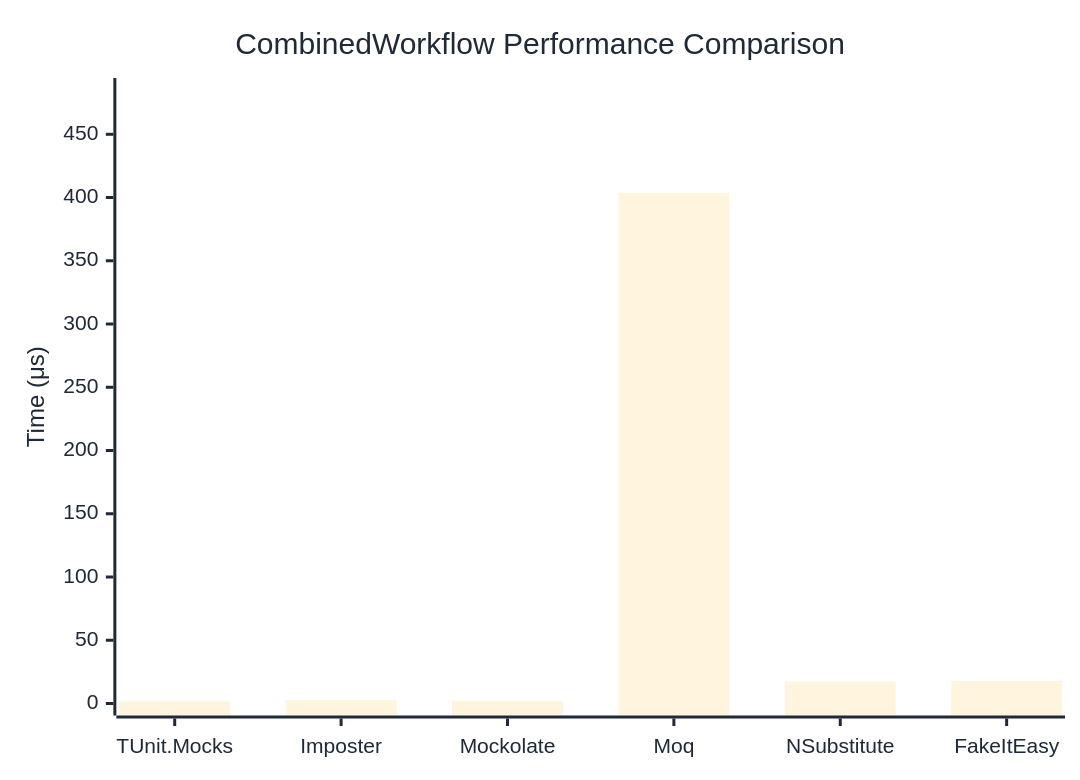
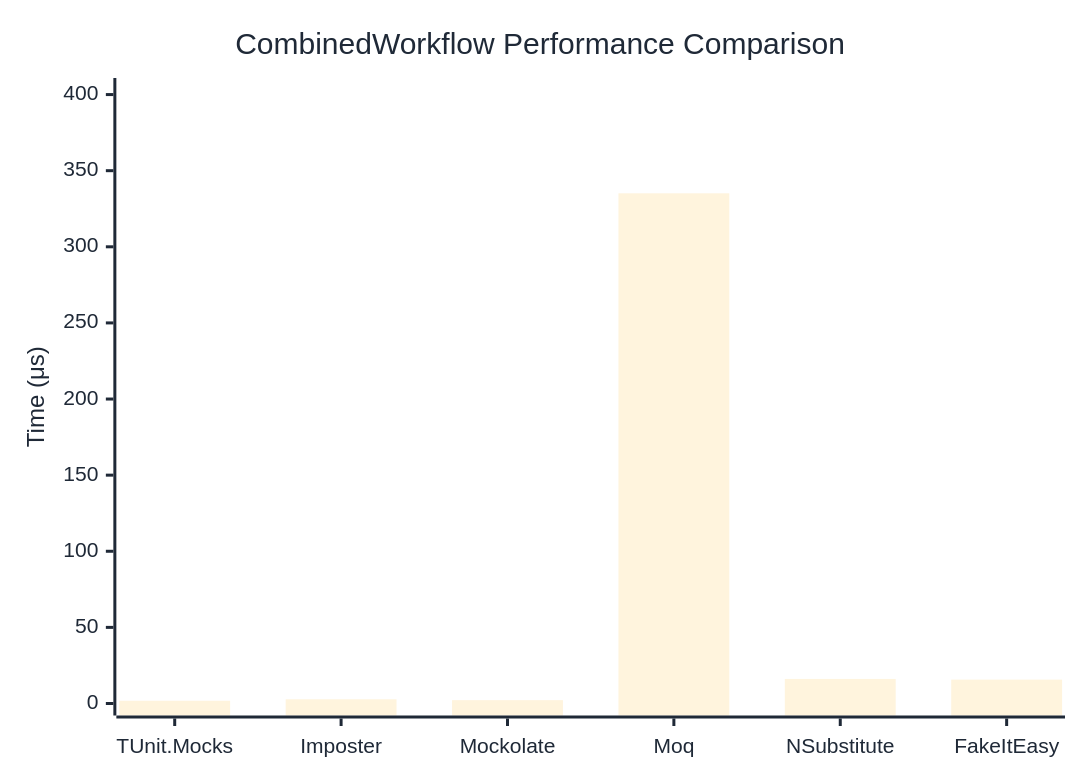
Before and after one commit to weiyilai/TUnit: the diagram in docs/docs/benchmarks/mocks/CombinedWorkflow.md, drawn with Mermaid. The commit also changed other lines of this file and 14 other files, not shown here.

````diff
--- a/docs/docs/benchmarks/mocks/CombinedWorkflow.md
+++ b/docs/docs/benchmarks/mocks/CombinedWorkflow.md
@@ -28,27 +28,27 @@
 ```mermaid
 %%{init: {
   'theme':'base',
   'themeVariables': {
     'primaryColor': '#2563eb',
     'primaryTextColor': '#1f2937',
     'primaryBorderColor': '#1e40af',
     'lineColor': '#6b7280',
     'secondaryColor': '#7c3aed',
     'tertiaryColor': '#dc2626',
     'background': '#ffffff',
     'pie1': '#2563eb',
     'pie2': '#7c3aed',
     'pie3': '#dc2626',
     'pie4': '#f59e0b',
     'pie5': '#10b981',
     'pie6': '#06b6d4',
     'pie7': '#ec4899',
     'pie8': '#6366f1'
   }
 }}%%
 xychart-beta
   title "CombinedWorkflow Performance Comparison"
   x-axis ["TUnit.Mocks", "Imposter", "Mockolate", "Moq", "NSubstitute", "FakeItEasy"]
-  y-axis "Time (μs)" 0 --> 485
-  bar [1.64, 2.65, 2.153, 403.797, 17.345, 17.907]
+  y-axis "Time (μs)" 0 --> 403
+  bar [1.806, 2.78, 2.198, 335.132, 16.133, 15.681]
 ```
````
